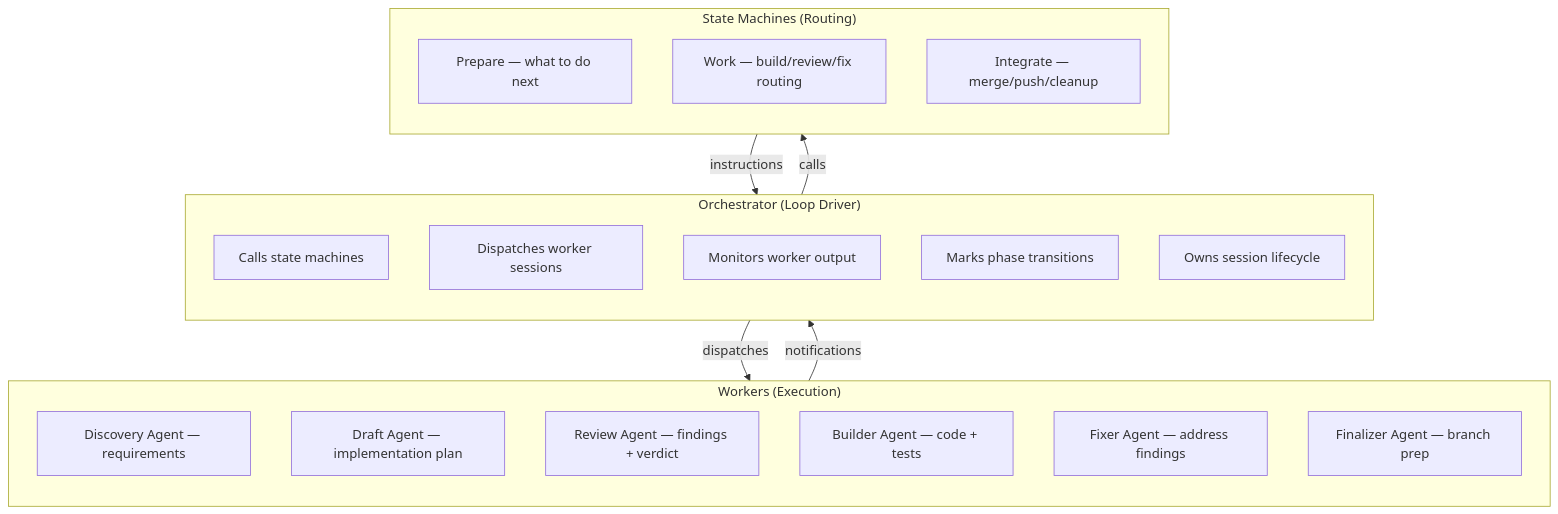
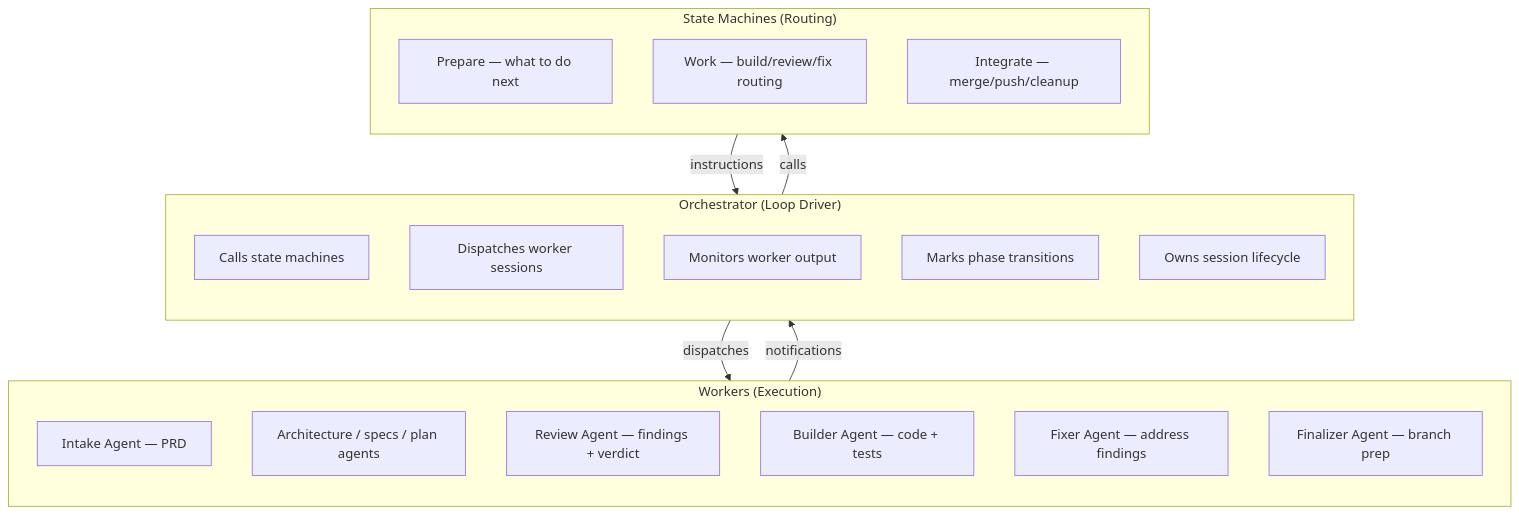
Before and after one commit to InstruktAI/TeleClaude: the third of 3 diagrams in docs/project/design/architecture/lifecycle-state-machines.md, drawn with Mermaid. The commit also changed other lines of this file and 89 other files, not shown here.

````diff
--- a/docs/project/design/architecture/lifecycle-state-machines.md
+++ b/docs/project/design/architecture/lifecycle-state-machines.md
@@ -139,33 +143,33 @@
 ```mermaid
 flowchart TB
     subgraph Orchestrator["Orchestrator (Loop Driver)"]
         direction TB
         O1["Calls state machines"]
         O2["Dispatches worker sessions"]
         O3["Monitors worker output"]
         O4["Marks phase transitions"]
         O5["Owns session lifecycle"]
     end
 
     subgraph Workers["Workers (Execution)"]
         direction TB
-        W1["Discovery Agent — requirements"]
-        W2["Draft Agent — implementation plan"]
+        W1["Intake Agent — PRD"]
+        W2["Architecture / specs / plan agents"]
         W3["Review Agent — findings + verdict"]
         W4["Builder Agent — code + tests"]
         W5["Fixer Agent — address findings"]
         W6["Finalizer Agent — branch prep"]
     end
 
     subgraph Machines["State Machines (Routing)"]
         direction TB
         M1["Prepare — what to do next"]
         M2["Work — build/review/fix routing"]
         M3["Integrate — merge/push/cleanup"]
     end
 
     Orchestrator -->|"calls"| Machines
     Machines -->|"instructions"| Orchestrator
     Orchestrator -->|"dispatches"| Workers
     Workers -->|"notifications"| Orchestrator
 ```
````
